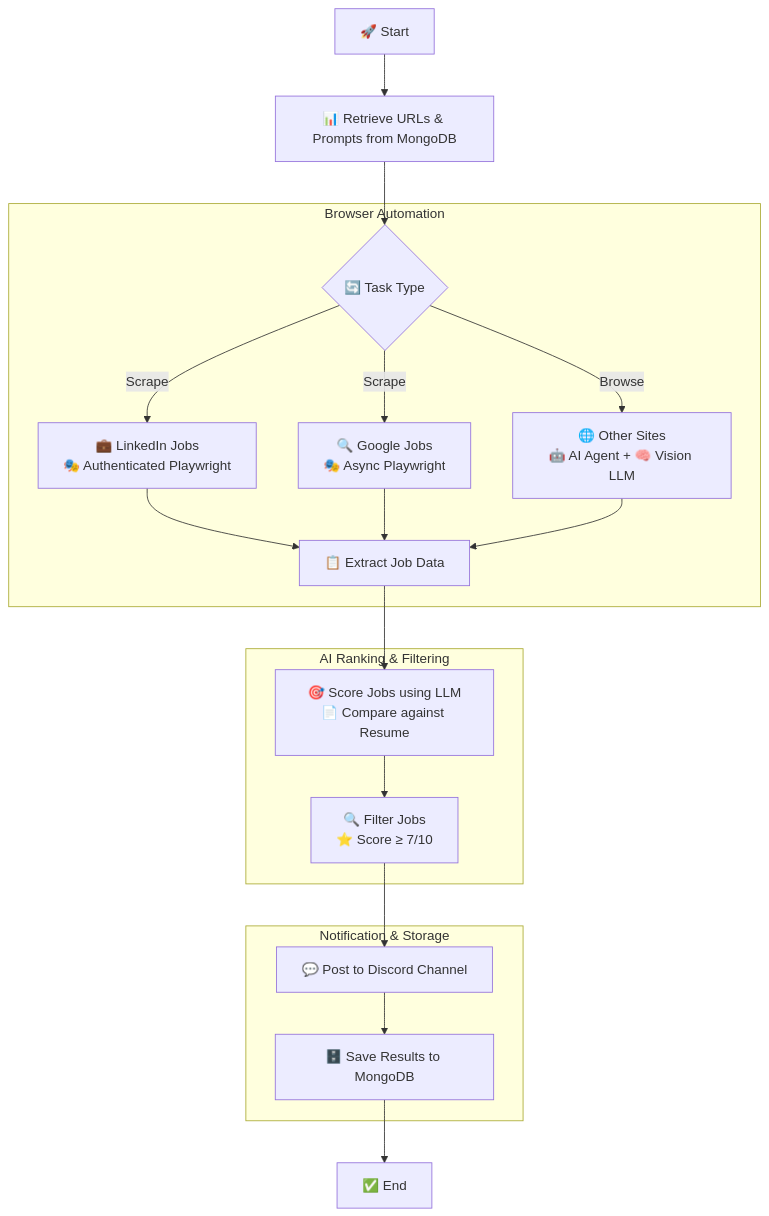
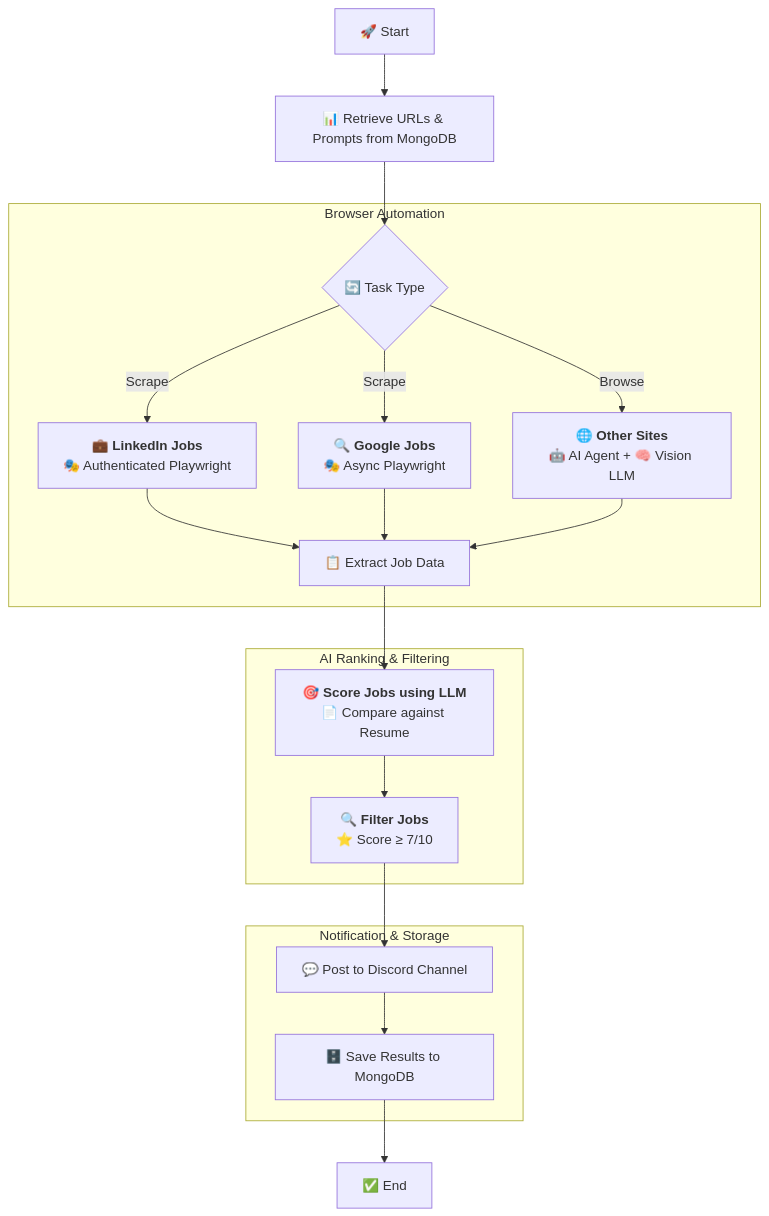
The diagram in README.md (john-mwangi/llm-browser), drawn with Mermaid before and after one commit.

Commit message:
Formating

````diff
--- a/README.md
+++ b/README.md
@@ -27,26 +27,26 @@
 ```mermaid
 graph TD
     A["🚀 Start"] --> B["📊 Retrieve URLs & Prompts from MongoDB"]
     B --> C{"🔄 Task Type"}
     
     subgraph "Browser Automation"
-        C -->|Scrape| D["💼 LinkedIn Jobs<br/>🎭 Authenticated Playwright"]
-        C -->|Scrape| E["🔍 Google Jobs<br/>🎭 Async Playwright"]
-        C -->|Browse| F["🌐 Other Sites<br/>🤖 AI Agent + 🧠 Vision LLM"]
+        C -->|Scrape| D["💼 <b>LinkedIn Jobs</b><br/>🎭 Authenticated Playwright"]
+        C -->|Scrape| E["🔍 <b>Google Jobs</b><br/>🎭 Async Playwright"]
+        C -->|Browse| F["🌐 <b>Other Sites</b><br/>🤖 AI Agent + 🧠 Vision LLM"]
         D --> G["📋 Extract Job Data"]
         E --> G
         F --> G
     end
     
     subgraph "AI Ranking & Filtering"
-        G --> H["🎯 Score Jobs using LLM<br/>📄 Compare against Resume"]
-        H --> I["🔍 Filter Jobs<br/>⭐ Score ≥ 7/10"]
+        G --> H["🎯 <b>Score Jobs using LLM</b><br/>📄 Compare against Resume"]
+        H --> I["🔍 <b>Filter Jobs</b><br/>⭐ Score ≥ 7/10"]
     end
     
     subgraph "Notification & Storage"
         I --> J["💬 Post to Discord Channel"]
         J --> K["🗄️ Save Results to MongoDB"]
     end
     
     K --> L["✅ End"]
 ```
````
